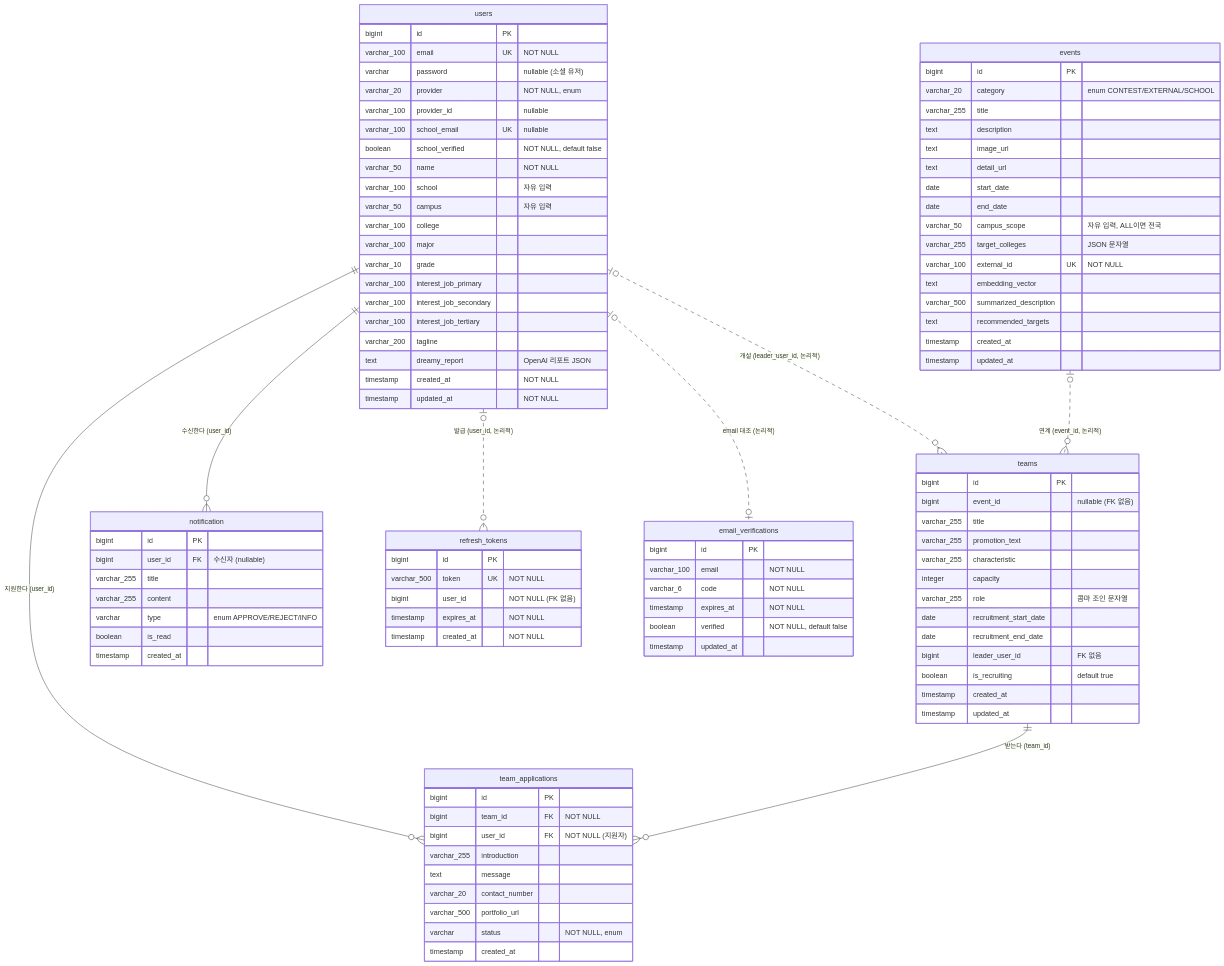
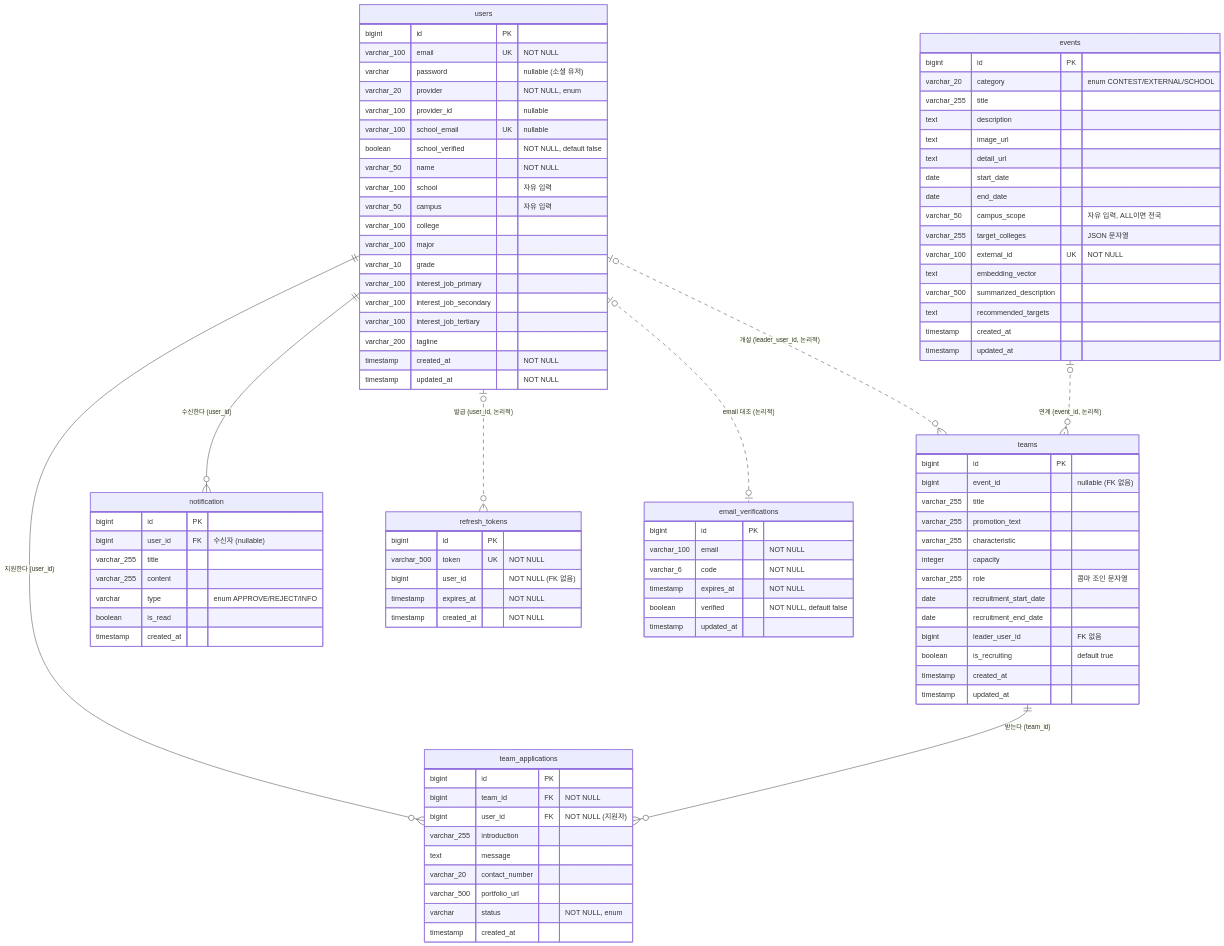
Before and after one commit to eagleindesert/mateon-backend: the diagram in docs/schema-db.md, drawn with Mermaid. The commit also changed other lines of this file and 13 other files, not shown here.

```diff
--- a/docs/schema-db.md
+++ b/docs/schema-db.md
@@ -43,7 +43,6 @@
         varchar_100 interest_job_secondary
         varchar_100 interest_job_tertiary
         varchar_200 tagline
-        text dreamy_report "OpenAI 리포트 JSON"
         timestamp created_at "NOT NULL"
         timestamp updated_at "NOT NULL"
     }
```
